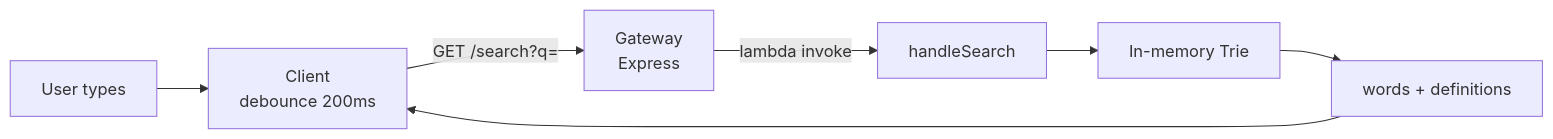
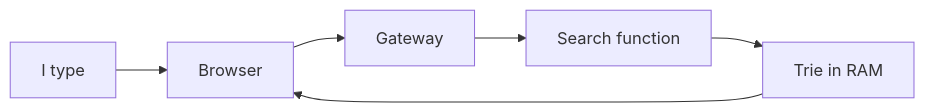
The first of 2 diagrams in docs/INTERVIEW_RETROSPECTIVE.md (Neander-Menezes/dictionary-search), drawn with Mermaid before and after one commit. The commit also changed other lines of this file and 1 other file, not shown here.

````diff
--- a/docs/INTERVIEW_RETROSPECTIVE.md
+++ b/docs/INTERVIEW_RETROSPECTIVE.md
@@ -13,9 +19,8 @@
 ```mermaid
 flowchart LR
-  U[User types] --> C["Client<br/>debounce 200ms"]
-  C -->|"GET /search?q="| G["Gateway<br/>Express"]
-  G -->|lambda invoke| L[handleSearch]
-  L --> T[In-memory Trie]
-  T --> R[words + definitions]
-  R --> C
+  You[I type] --> UI[Browser]
+  UI --> GW[Gateway]
+  GW --> Fn[Search function]
+  Fn --> Trie[Trie in RAM]
+  Trie --> UI
 ```
````
